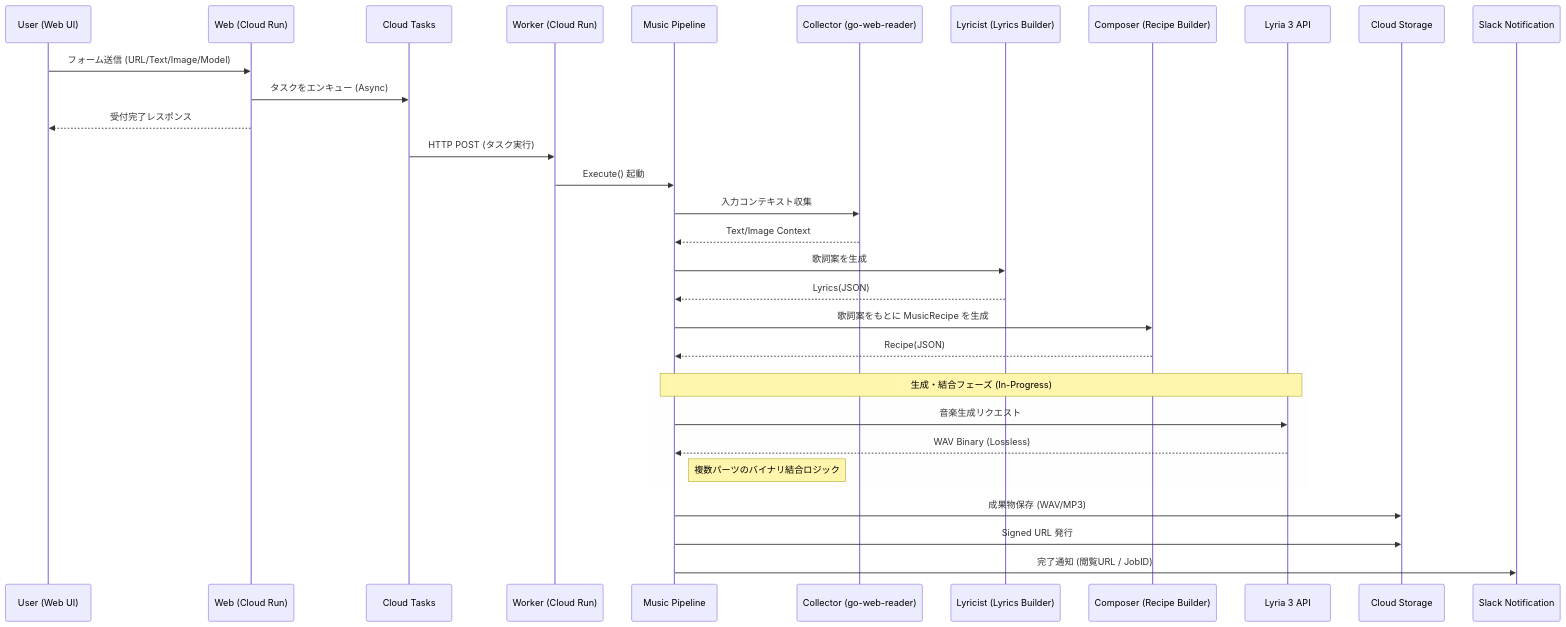
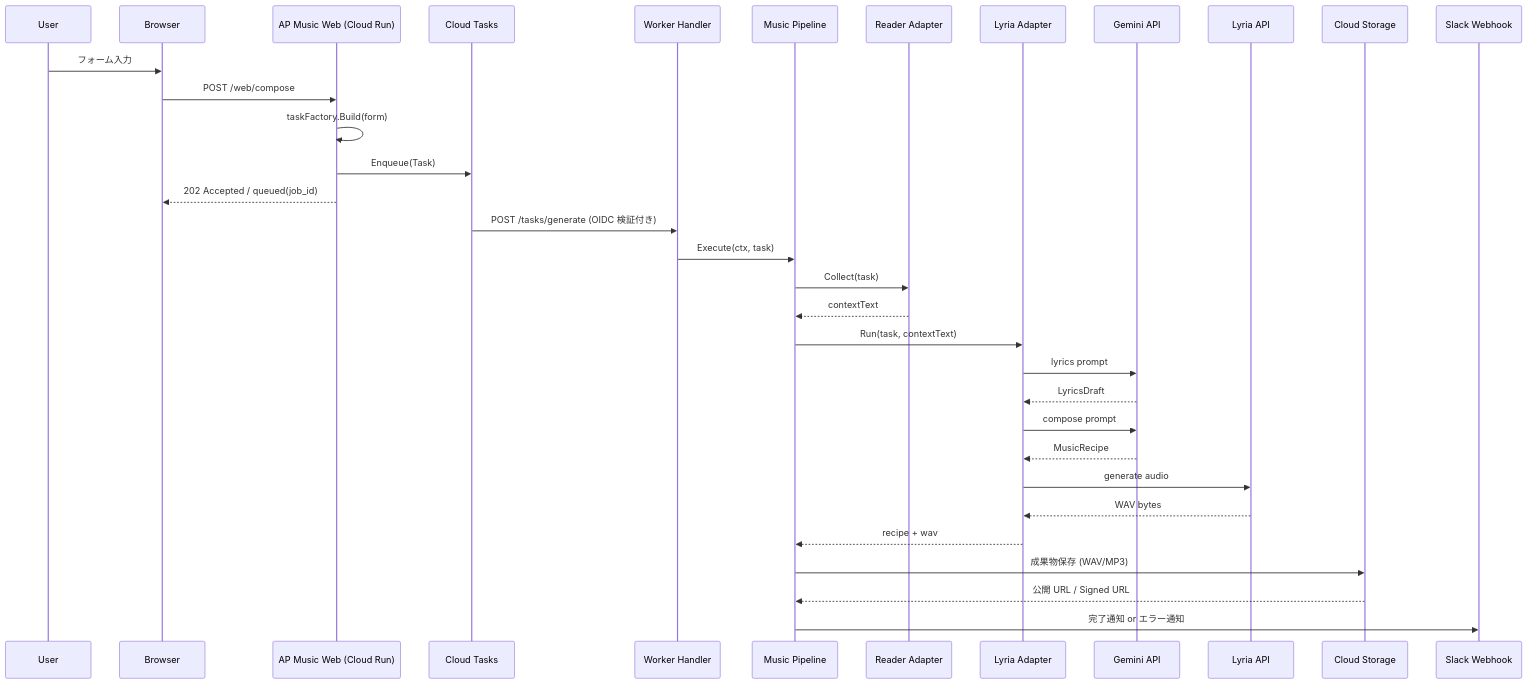
Before and after one commit to shouni/ap-music: the diagram in README.md, drawn with Mermaid. The commit also changed other lines of this file, not shown here.

Commit message:
Update README: improve directory structure overview, refine definitions, and enhance sequence diagram for clarity.

````diff
--- a/README.md
+++ b/README.md
@@ -144,39 +148,40 @@
 ```mermaid
 sequenceDiagram
-    participant User as User (Web UI)
-    participant Web as Web (Cloud Run)
+    participant User as User
+    participant Browser as Browser
+    participant Web as AP Music Web (Cloud Run)
     participant Queue as Cloud Tasks
-    participant Worker as Worker (Cloud Run)
+    participant Worker as Worker Handler
     participant Pipeline as Music Pipeline
-    participant Collector as Collector (go-web-reader)
-    participant Lyricist as Lyricist (Lyrics Builder)
-    participant Composer as Composer (Recipe Builder)
-    participant Lyria as Lyria 3 API
+    participant Collector as Reader Adapter
+    participant Runner as Lyria Adapter
+    participant Gemini as Gemini API
+    participant Lyria as Lyria API
     participant GCS as Cloud Storage
-    participant Slack as Slack Notification
+    participant Slack as Slack Webhook
 
-    User->>Web: フォーム送信 (URL/Text/Image/Model)
-    Web->>Queue: タスクをエンキュー (Async)
-    Web-->>User: 受付完了レスポンス
+    User->>Browser: フォーム入力
+    Browser->>Web: POST /web/compose
+    Web->>Web: taskFactory.Build(form)
+    Web->>Queue: Enqueue(Task)
+    Web-->>Browser: 202 Accepted / queued(job_id)
 
-    Queue->>Worker: HTTP POST (タスク実行)
-    Worker->>Pipeline: Execute() 起動
+    Queue->>Worker: POST /tasks/generate (OIDC 検証付き)
+    Worker->>Pipeline: Execute(ctx, task)
 
-    Pipeline->>Collector: 入力コンテキスト収集
-    Collector-->>Pipeline: Text/Image Context
-    Pipeline->>Lyricist: 歌詞案を生成
-    Lyricist-->>Pipeline: Lyrics(JSON)
-    Pipeline->>Composer: 歌詞案をもとに MusicRecipe を生成
-    Composer-->>Pipeline: Recipe(JSON)
+    Pipeline->>Collector: Collect(task)
+    Collector-->>Pipeline: contextText
 
-    rect rgba(240, 240, 240, 0.1)
-        Note over Pipeline, Lyria: 生成・結合フェーズ (In-Progress)
-        Pipeline->>Lyria: 音楽生成リクエスト
-        Lyria-->>Pipeline: WAV Binary (Lossless)
-        Note right of Pipeline: 複数パーツのバイナリ結合ロジック
-     end
+    Pipeline->>Runner: Run(task, contextText)
+    Runner->>Gemini: lyrics prompt
+    Gemini-->>Runner: LyricsDraft
+    Runner->>Gemini: compose prompt
+    Gemini-->>Runner: MusicRecipe
+    Runner->>Lyria: generate audio
+    Lyria-->>Runner: WAV bytes
+    Runner-->>Pipeline: recipe + wav
 
     Pipeline->>GCS: 成果物保存 (WAV/MP3)
-    Pipeline->>GCS: Signed URL 発行
-    Pipeline->>Slack: 完了通知 (閲覧URL / JobID)
+    GCS-->>Pipeline: 公開 URL / Signed URL
+    Pipeline->>Slack: 完了通知 or エラー通知
 ```
````
